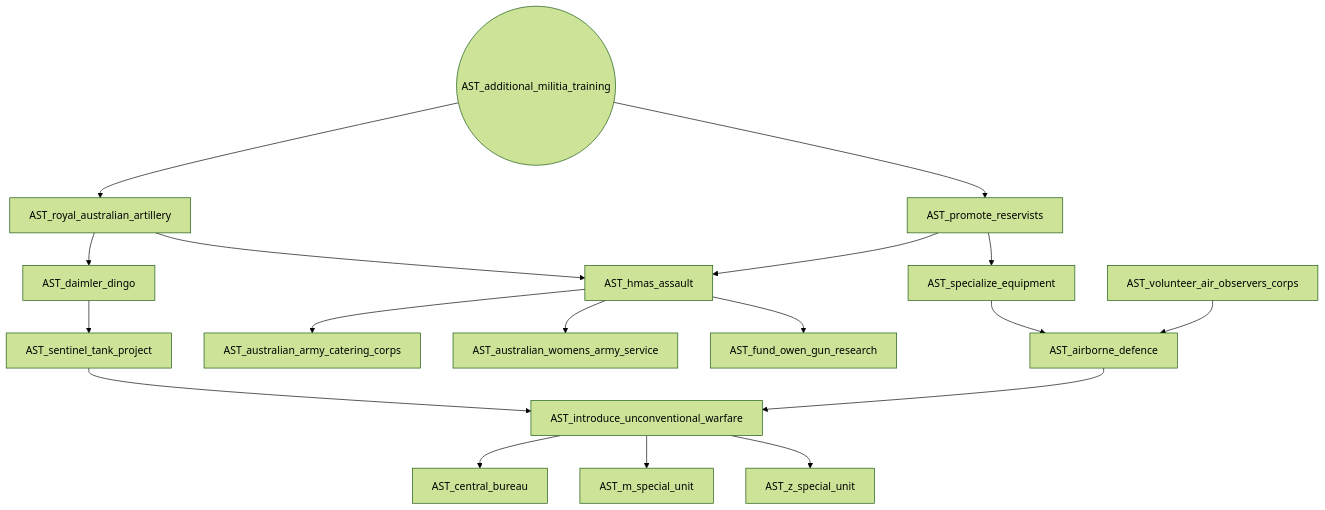
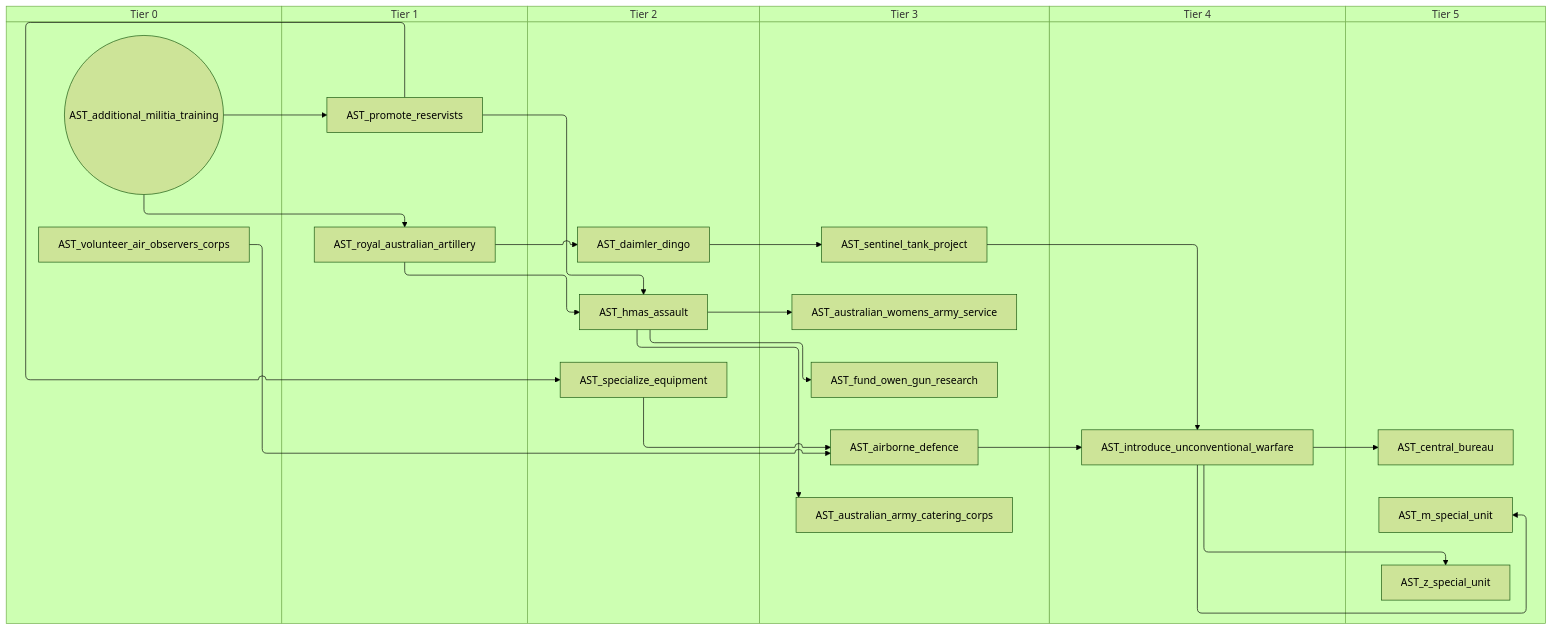
Before and after one commit to evgeny-sobol/hoi4-sandbox-mode: the first of 9 diagrams in docs/gdd/National Focuses/australia.md, drawn with Mermaid (forest theme). The commit also changed other lines of this file and 80 other files, not shown here.

First line of the commit message:
Add swimlane mode to focus graph exporter

````diff
--- a/docs/gdd/National Focuses/australia.md
+++ b/docs/gdd/National Focuses/australia.md
@@ -3,36 +3,48 @@
 ```mermaid
-flowchart TD
-    n1(("AST_additional_militia_training"))
-    n2["AST_airborne_defence"]
-    n3["AST_australian_army_catering_corps"]
-    n4["AST_australian_womens_army_service"]
-    n5["AST_central_bureau"]
-    n6["AST_daimler_dingo"]
-    n7["AST_fund_owen_gun_research"]
-    n8["AST_hmas_assault"]
-    n9["AST_introduce_unconventional_warfare"]
-    n10["AST_m_special_unit"]
-    n11["AST_promote_reservists"]
-    n12["AST_royal_australian_artillery"]
-    n13["AST_sentinel_tank_project"]
-    n14["AST_specialize_equipment"]
-    n15["AST_volunteer_air_observers_corps"]
-    n16["AST_z_special_unit"]
-    n14 --> n2
-    n15 --> n2
-    n8 --> n3
-    n8 --> n4
-    n9 --> n5
-    n12 --> n6
-    n8 --> n7
-    n12 --> n8
-    n11 --> n8
-    n13 --> n9
-    n2 --> n9
-    n9 --> n10
-    n1 --> n11
-    n1 --> n12
-    n6 --> n13
-    n11 --> n14
-    n9 --> n16
+swimlane-beta TD
+    subgraph tier_0["Tier 0"]
+        n1(("AST_additional_militia_training"))
+        n2["AST_volunteer_air_observers_corps"]
+    end
+    subgraph tier_1["Tier 1"]
+        n3["AST_promote_reservists"]
+        n4["AST_royal_australian_artillery"]
+    end
+    subgraph tier_2["Tier 2"]
+        n5["AST_daimler_dingo"]
+        n6["AST_hmas_assault"]
+        n7["AST_specialize_equipment"]
+    end
+    subgraph tier_3["Tier 3"]
+        n8["AST_airborne_defence"]
+        n9["AST_australian_army_catering_corps"]
+        n10["AST_australian_womens_army_service"]
+        n11["AST_fund_owen_gun_research"]
+        n12["AST_sentinel_tank_project"]
+    end
+    subgraph tier_4["Tier 4"]
+        n13["AST_introduce_unconventional_warfare"]
+    end
+    subgraph tier_5["Tier 5"]
+        n14["AST_central_bureau"]
+        n15["AST_m_special_unit"]
+        n16["AST_z_special_unit"]
+    end
+    n7 --> n8
+    n2 --> n8
+    n6 --> n9
+    n6 --> n10
+    n13 --> n14
+    n4 --> n5
+    n6 --> n11
+    n4 --> n6
+    n3 --> n6
+    n12 --> n13
+    n8 --> n13
+    n13 --> n15
+    n1 --> n3
+    n1 --> n4
+    n5 --> n12
+    n3 --> n7
+    n13 --> n16
 ```
````
